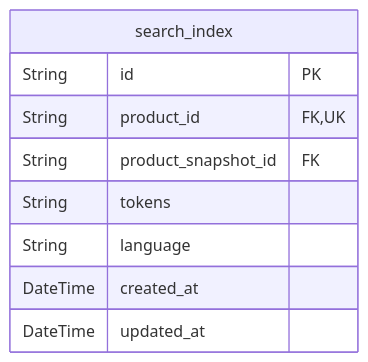
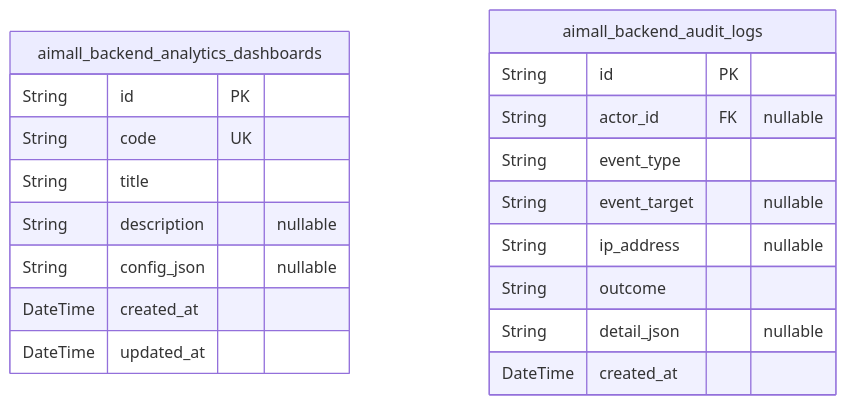
Before and after one commit to wrtnlabs/autobe-example-shopping-openai-gpt-4.1: the tenth of 10 diagrams in docs/ERD.md, drawn with Mermaid. The commit also changed other lines of this file and 2260 other files, not shown here.

````diff
--- a/docs/ERD.md
+++ b/docs/ERD.md
@@ -2522,12 +1078,22 @@
 ```mermaid
 erDiagram
-"search_index" {
+"aimall_backend_analytics_dashboards" {
   String id PK
-  String product_id FK,UK
-  String product_snapshot_id FK
-  String tokens
-  String language
+  String code UK
+  String title
+  String description "nullable"
+  String config_json "nullable"
   DateTime created_at
   DateTime updated_at
 }
+"aimall_backend_audit_logs" {
+  String id PK
+  String actor_id FK "nullable"
+  String event_type
+  String event_target "nullable"
+  String ip_address "nullable"
+  String outcome
+  String detail_json "nullable"
+  DateTime created_at
+}
 ```
````
